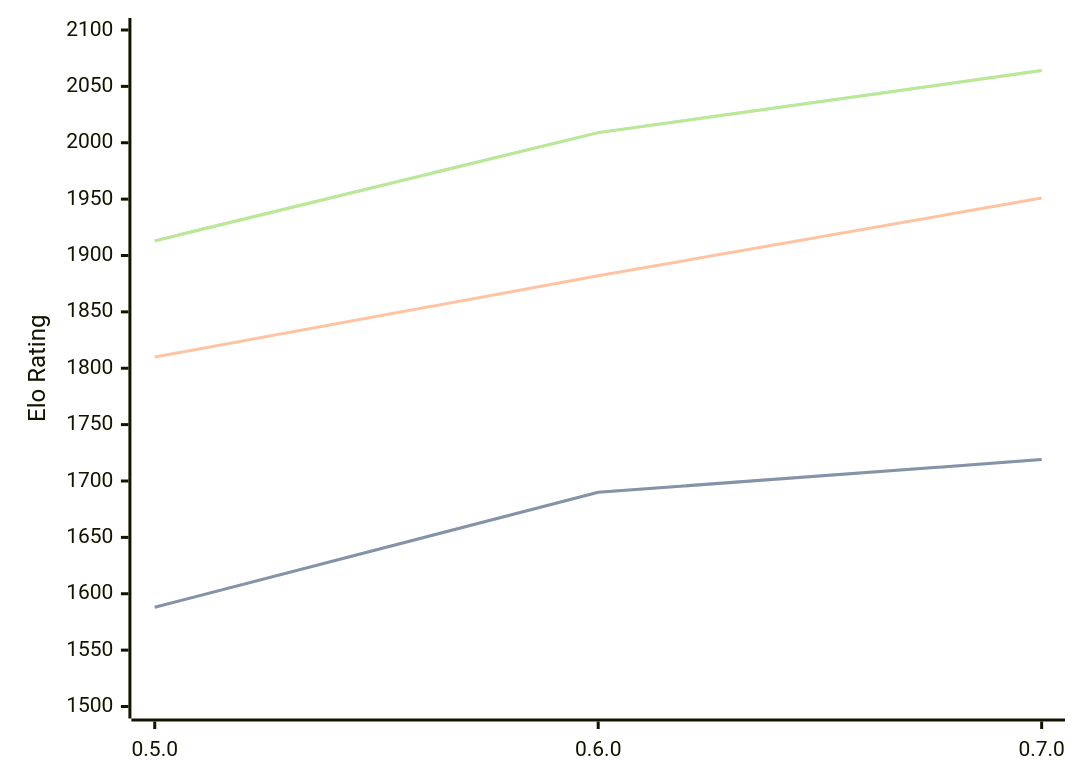
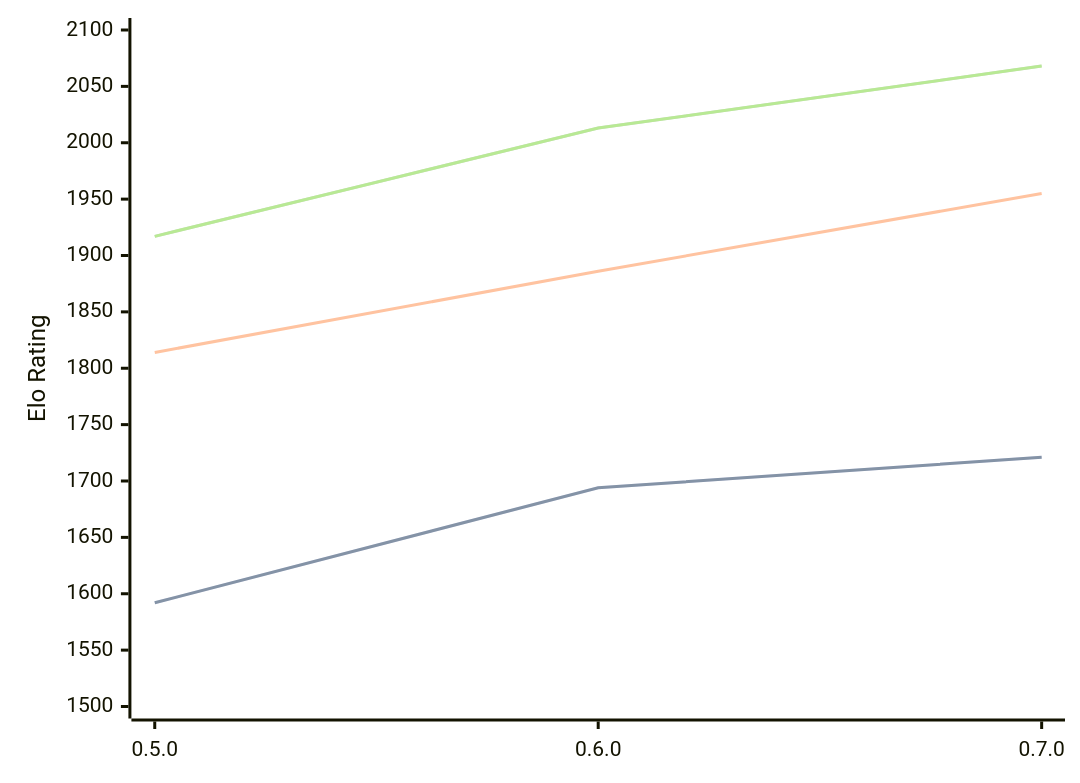
One commit to computer-chess-index/cci changed the diagram in engines/Chess-rs.md. Above: the diagram before and after it, drawn with Mermaid. The commit also changed other lines of this file, not shown here.

Commit message:
Update CCI Ratings (ELO VLTC) - 2026-04-18

````diff
--- a/engines/Chess-rs.md
+++ b/engines/Chess-rs.md
@@ -41,11 +41,11 @@
 ```mermaid
 %%{init: {"theme":"base","themeVariables":{"seriesColors:['#a3a3a3','#222221','#faa371']}}}%%
 xychart-beta
   x-axis ["0.5.0", "0.6.0", "0.7.0"]
   y-axis "Elo Rating" 1500 --> 2100
-  line "STC (8.0+0.08s)" [1588, 1690, 1719]
-  line "STC (8.0+0.08s)" [1588, 1690, 1719]
-  line "LTC (60.0+0.60s)" [1810, 1882, 1951]
-  line "VLTC (2m24s+1.12s)" [1913, 2009, 2064]
-  line "VLTC (2m24s+1.12s)" [1913, 2009, 2064]
+  line "STC (8.0+0.08s)" [1592, 1694, 1721]
+  line "STC (8.0+0.08s)" [1592, 1694, 1721]
+  line "LTC (60.0+0.60s)" [1814, 1886, 1955]
+  line "VLTC (2m24s+1.12s)" [1917, 2013, 2068]
+  line "VLTC (2m24s+1.12s)" [1917, 2013, 2068]
 ```
````
